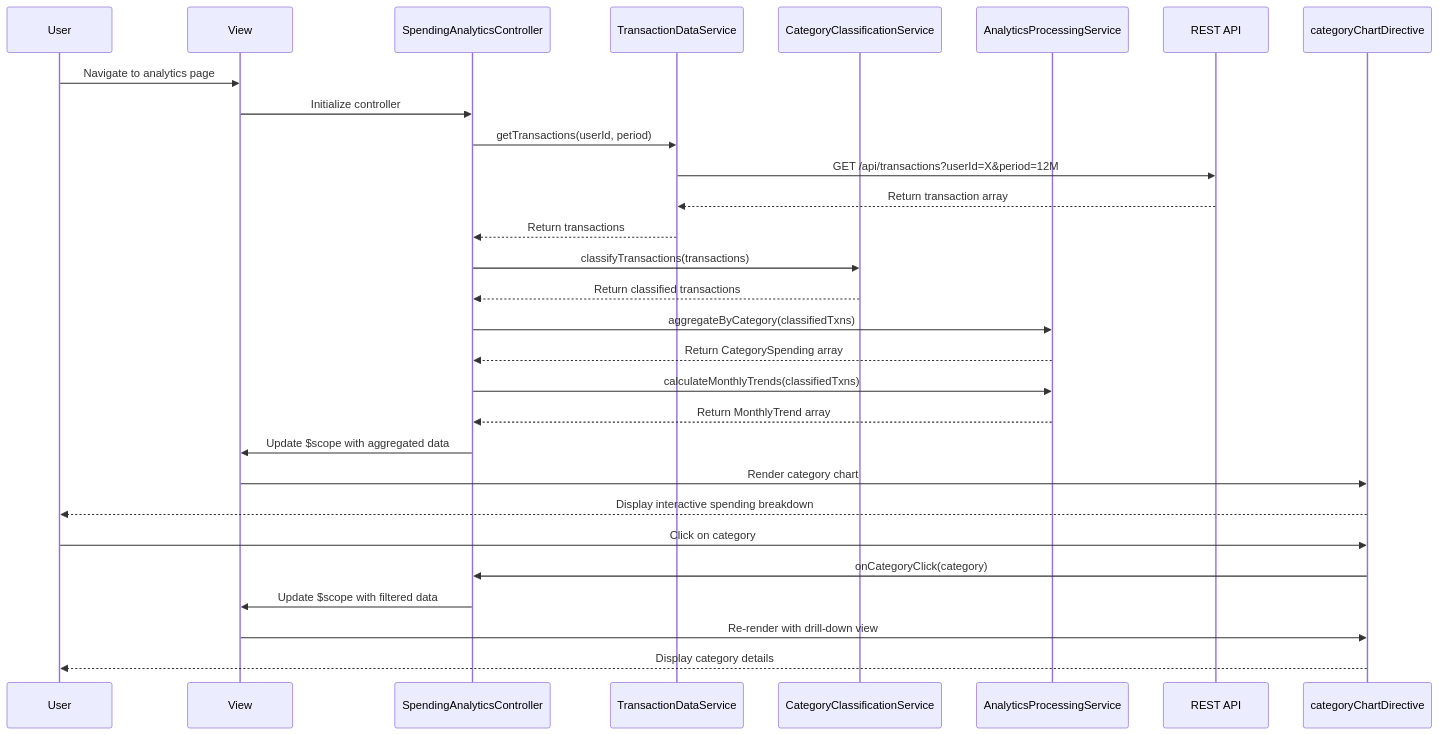
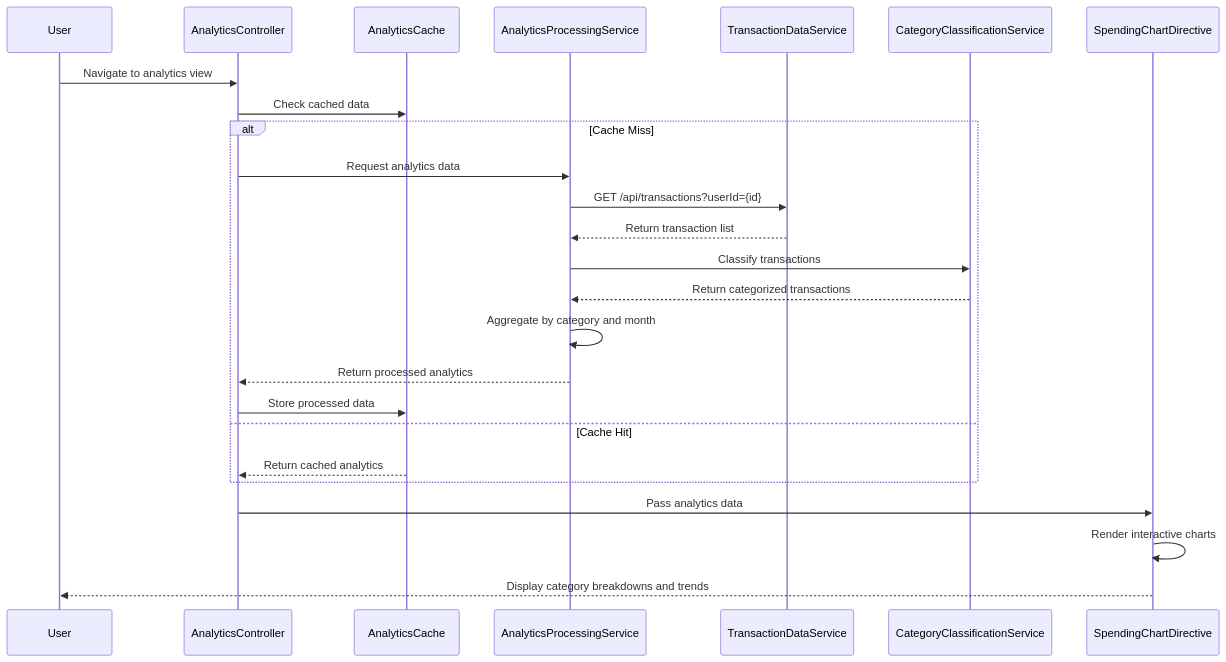
The diagram in LLD/QE-7708_LLD.md (AAVA-Demo/APB_Demo), drawn with Mermaid before and after one commit. The commit also changed other lines of this file and 5 other files, not shown here.

````diff
--- a/LLD/QE-7708_LLD.md
+++ b/LLD/QE-7708_LLD.md
@@ -91,32 +89,28 @@
 ```mermaid
 sequenceDiagram
     participant User
-    participant View
-    participant Controller as SpendingAnalyticsController
-    participant TxnService as TransactionDataService
-    participant CategoryService as CategoryClassificationService
-    participant AnalyticsService as AnalyticsProcessingService
-    participant API as REST API
-    participant ChartDirective as categoryChartDirective
-
-    User->>View: Navigate to analytics page
-    View->>Controller: Initialize controller
-    Controller->>TxnService: getTransactions(userId, period)
-    TxnService->>API: GET /api/transactions?userId=X&period=12M
-    API-->>TxnService: Return transaction array
-    TxnService-->>Controller: Return transactions
-    Controller->>CategoryService: classifyTransactions(transactions)
-    CategoryService-->>Controller: Return classified transactions
-    Controller->>AnalyticsService: aggregateByCategory(classifiedTxns)
-    AnalyticsService-->>Controller: Return CategorySpending array
-    Controller->>AnalyticsService: calculateMonthlyTrends(classifiedTxns)
-    AnalyticsService-->>Controller: Return MonthlyTrend array
-    Controller->>View: Update $scope with aggregated data
-    View->>ChartDirective: Render category chart
-    ChartDirective-->>User: Display interactive spending breakdown
-    User->>ChartDirective: Click on category
-    ChartDirective->>Controller: onCategoryClick(category)
-    Controller->>View: Update $scope with filtered data
-    View->>ChartDirective: Re-render with drill-down view
-    ChartDirective-->>User: Display category details
+    participant AnalyticsController
+    participant AnalyticsCache
+    participant AnalyticsProcessingService
+    participant TransactionDataService
+    participant CategoryClassificationService
+    participant SpendingChartDirective
+    
+    User->>AnalyticsController: Navigate to analytics view
+    AnalyticsController->>AnalyticsCache: Check cached data
+    alt Cache Miss
+        AnalyticsController->>AnalyticsProcessingService: Request analytics data
+        AnalyticsProcessingService->>TransactionDataService: GET /api/transactions?userId={id}
+        TransactionDataService-->>AnalyticsProcessingService: Return transaction list
+        AnalyticsProcessingService->>CategoryClassificationService: Classify transactions
+        CategoryClassificationService-->>AnalyticsProcessingService: Return categorized transactions
+        AnalyticsProcessingService->>AnalyticsProcessingService: Aggregate by category and month
+        AnalyticsProcessingService-->>AnalyticsController: Return processed analytics
+        AnalyticsController->>AnalyticsCache: Store processed data
+    else Cache Hit
+        AnalyticsCache-->>AnalyticsController: Return cached analytics
+    end
+    AnalyticsController->>SpendingChartDirective: Pass analytics data
+    SpendingChartDirective->>SpendingChartDirective: Render interactive charts
+    SpendingChartDirective-->>User: Display category breakdowns and trends
 ```
````
